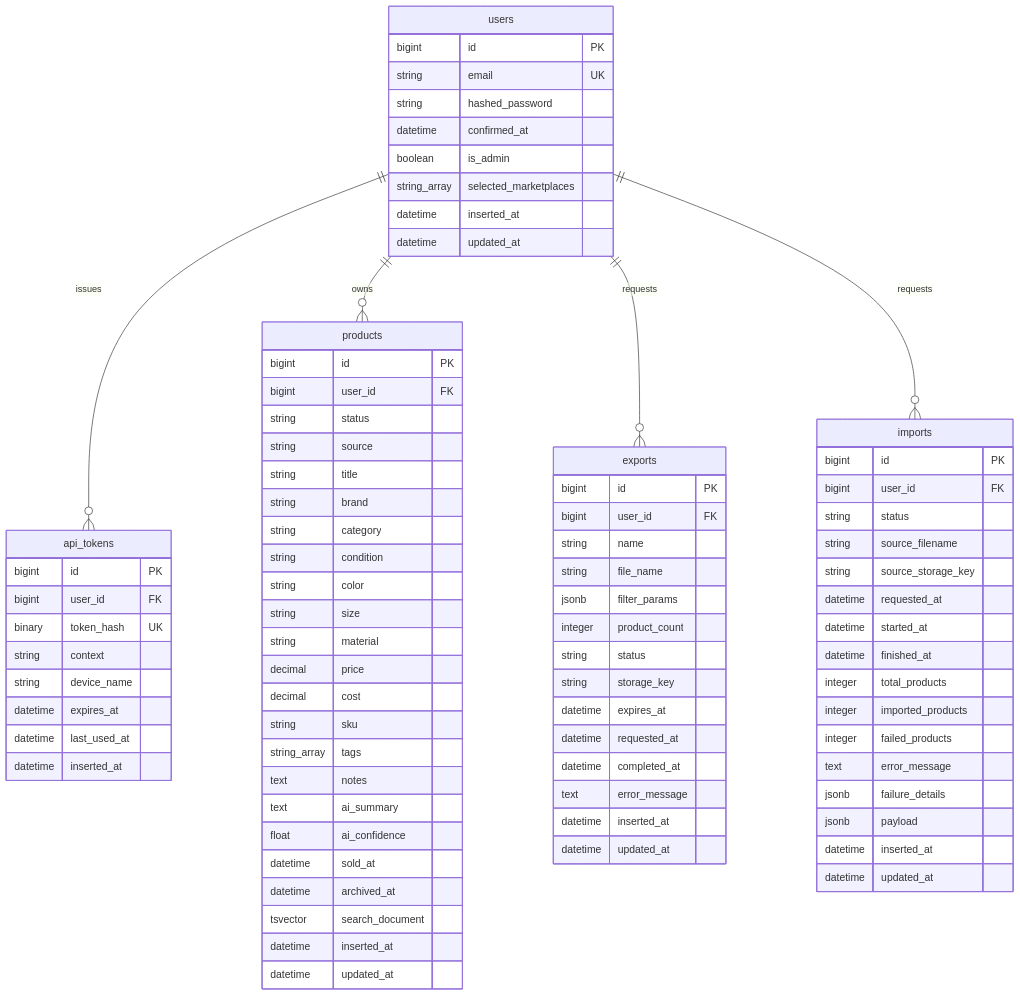
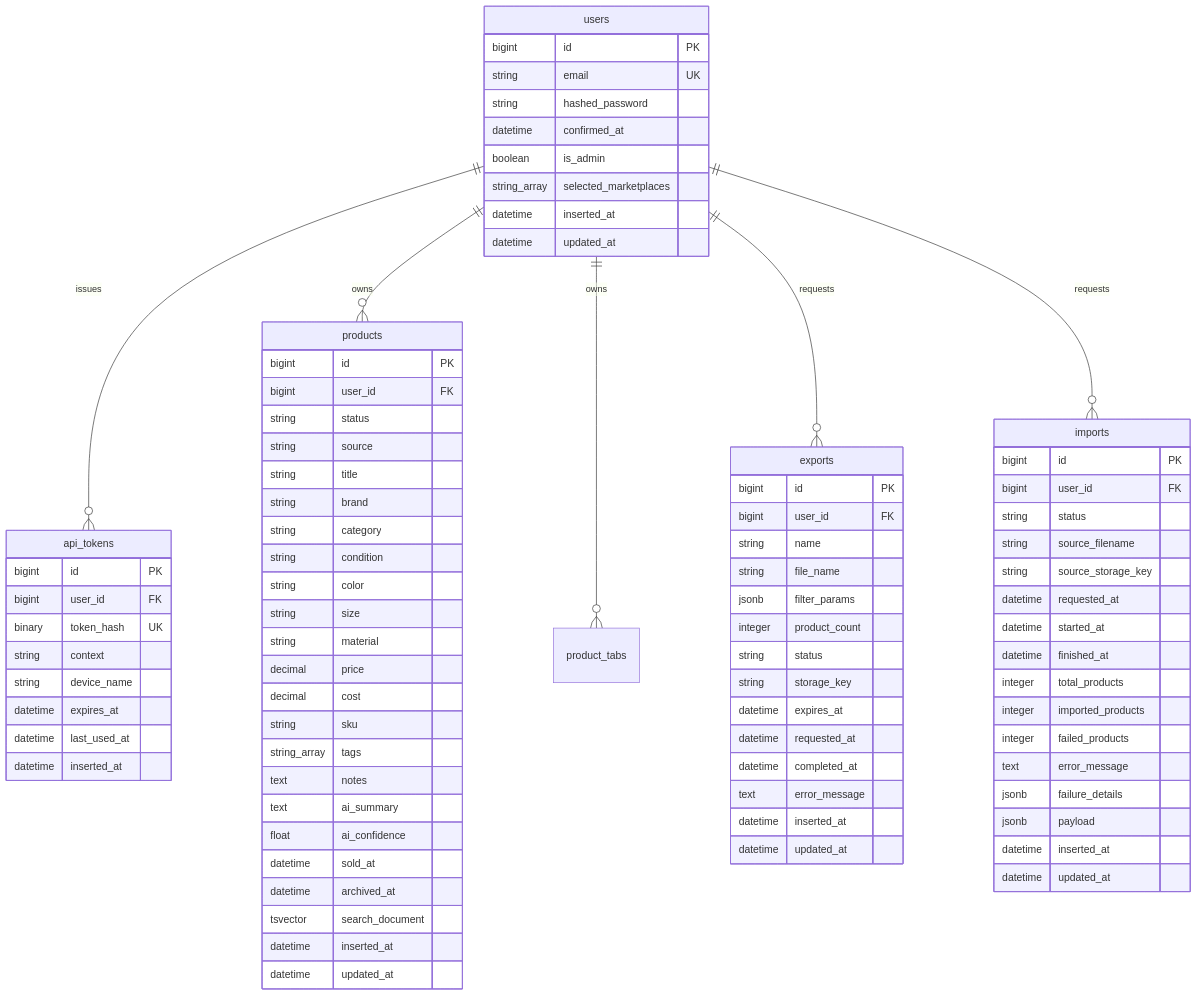
The second of 4 diagrams in docs/ARCHITECTURE.md (mpakus/resellerio), drawn with Mermaid before and after one commit. The commit also changed other lines of this file and 24 other files, not shown here.

````diff
--- a/docs/ARCHITECTURE.md
+++ b/docs/ARCHITECTURE.md
@@ -404,6 +406,7 @@
 
     users ||--o{ api_tokens : issues
     users ||--o{ products : owns
+    users ||--o{ product_tabs : owns
     users ||--o{ exports : requests
     users ||--o{ imports : requests
 ```
````
